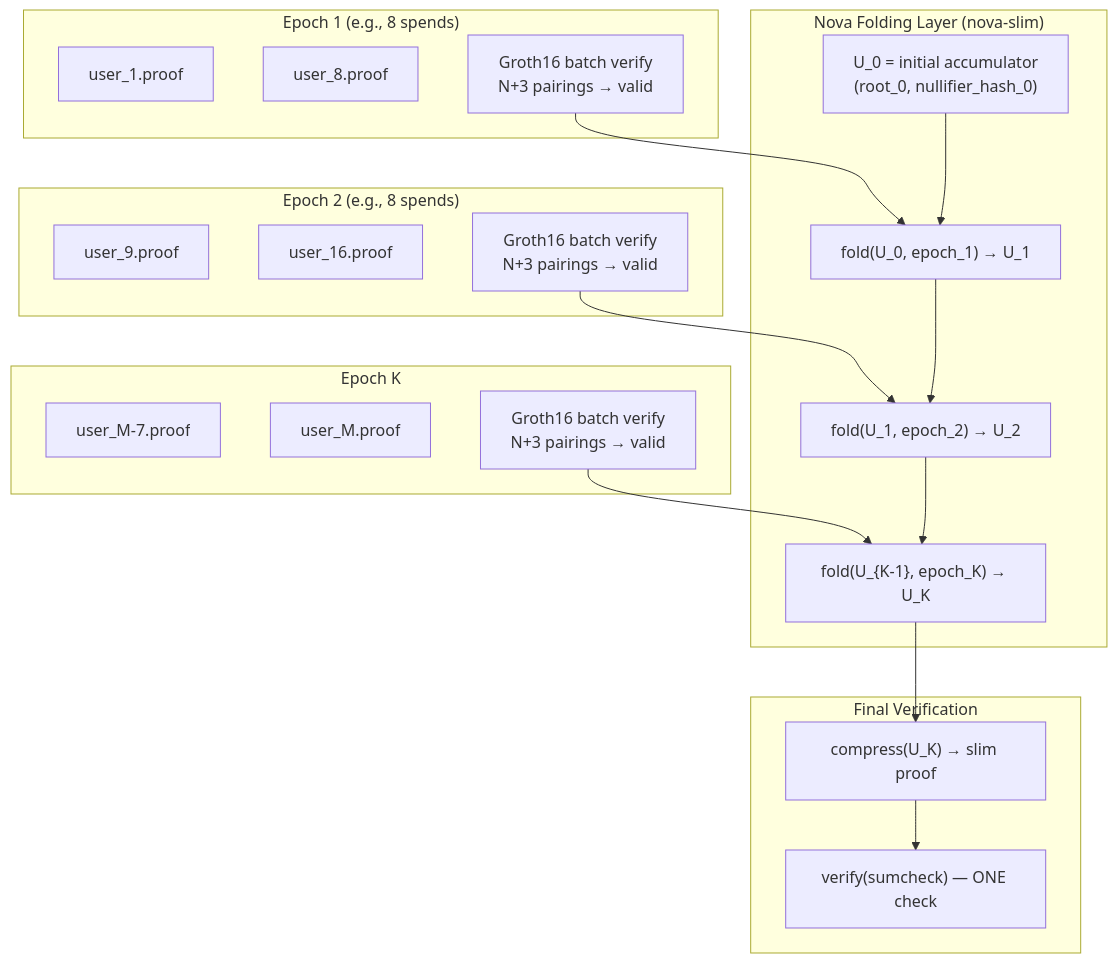
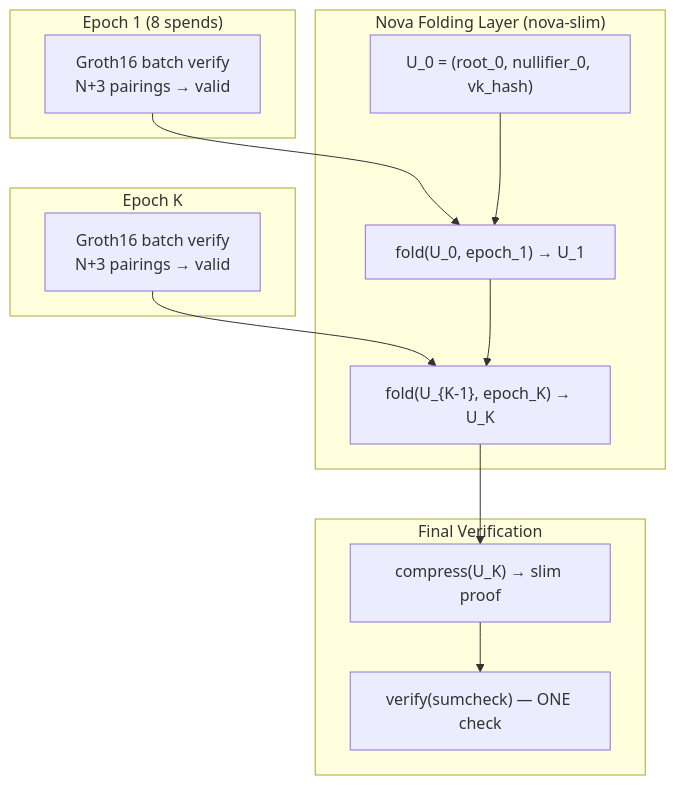
The diagram in aiken/selective-disclosure/step9/README.md (cardano-foundation/bls), drawn with Mermaid before and after one commit. The commit also changed other lines of this file and 4 other files, not shown here.

````diff
--- a/aiken/selective-disclosure/step9/README.md
+++ b/aiken/selective-disclosure/step9/README.md
@@ -21,38 +23,26 @@
 ```mermaid
 graph TB
-    subgraph Epoch1["Epoch 1 (e.g., 8 spends)"]
-        E1U1["user_1.proof"]
-        E1U8["user_8.proof"]
+    subgraph Epoch1["Epoch 1 (8 spends)"]
         E1B["Groth16 batch verify<br/>N+3 pairings → valid"]
     end
 
-    subgraph Epoch2["Epoch 2 (e.g., 8 spends)"]
-        E2U1["user_9.proof"]
-        E2U8["user_16.proof"]
-        E2B["Groth16 batch verify<br/>N+3 pairings → valid"]
-    end
-
     subgraph EpochK["Epoch K"]
-        EKU1["user_M-7.proof"]
-        EKUK["user_M.proof"]
         EKB["Groth16 batch verify<br/>N+3 pairings → valid"]
     end
 
     subgraph NovaFold["Nova Folding Layer (nova-slim)"]
-        F0["U_0 = initial accumulator<br/>(root_0, nullifier_hash_0)"]
+        F0["U_0 = (root_0, nullifier_0, vk_hash)"]
         F1["fold(U_0, epoch_1) → U_1"]
-        F2["fold(U_1, epoch_2) → U_2"]
         FK["fold(U_{K-1}, epoch_K) → U_K"]
     end
 
     subgraph Final["Final Verification"]
         C["compress(U_K) → slim proof"]
         V["verify(sumcheck) — ONE check"]
     end
 
     E1B --> F1
-    E2B --> F2
     EKB --> FK
-    F0 --> F1 --> F2 --> FK
+    F0 --> F1 --> FK
     FK --> C --> V
 ```
````
